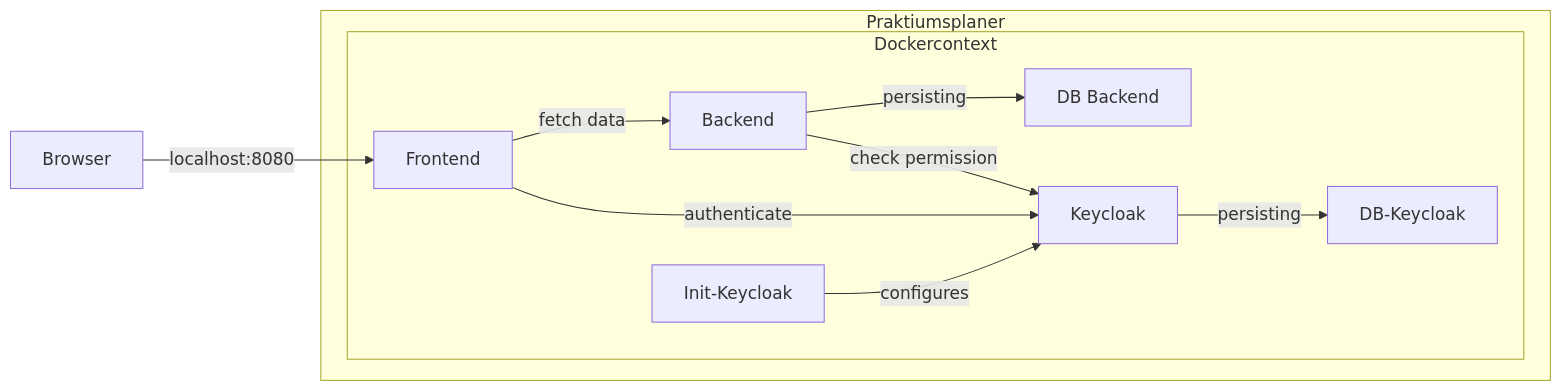
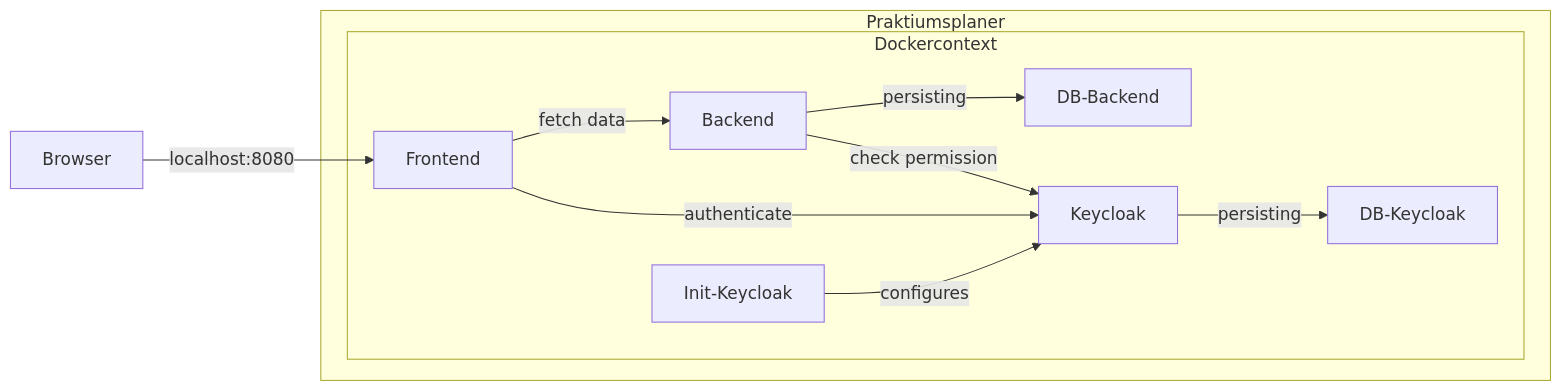
One commit to it-at-m/Praktikumsplaner changed the first of 2 diagrams in doc/src/documentation/guides/technical-setup/README.md. Above: the diagram before and after it, drawn with Mermaid. The commit also changed other lines of this file, not shown here.

````diff
--- a/doc/src/documentation/guides/technical-setup/README.md
+++ b/doc/src/documentation/guides/technical-setup/README.md
@@ -24,25 +24,25 @@
 ```mermaid
 graph LR;
 
 subgraph Praktiumsplaner
 
     subgraph Dockercontext
         Frontend
         Backend
-        DBBackend[DB Backend]
+        DBBackend[DB-Backend]
         Keycloak
         DB-Keycloak
         Init-Keycloak
     
         Frontend -->|fetch data| Backend
         Backend --> |check permission| Keycloak
         Backend -->|persisting| DBBackend
         Frontend -->|authenticate| Keycloak
         Keycloak -->|persisting| DB-Keycloak
         Init-Keycloak -->|configures| Keycloak
     end
     
  end
  
  Browser -->|localhost:8080| Frontend
 ```
````
